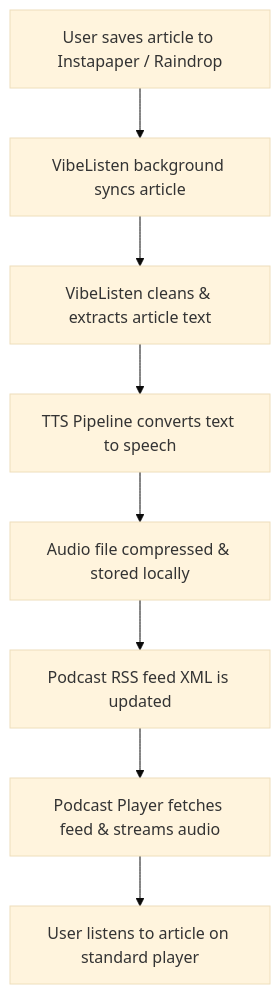
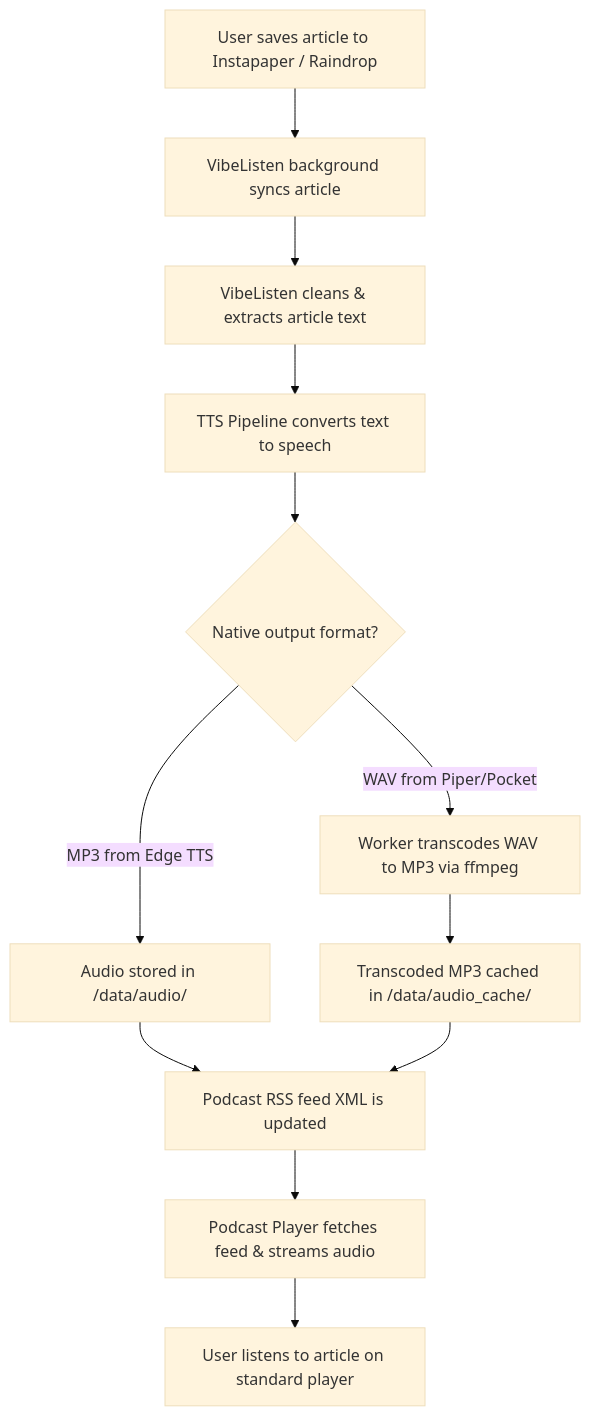
The diagram in PRD.md (sean-m-baker/VibeListen), drawn with Mermaid (base theme) before and after one commit. The commit also changed other lines of this file and 2 other files, not shown here.

````diff
--- a/PRD.md
+++ b/PRD.md
@@ -16,10 +16,14 @@
 ```mermaid
 graph TD
     A[User saves article to Instapaper / Raindrop] --> B[VibeListen background syncs article]
     B --> C[VibeListen cleans & extracts article text]
     C --> D[TTS Pipeline converts text to speech]
-    D --> E[Audio file compressed & stored locally]
-    E --> F[Podcast RSS feed XML is updated]
-    F --> G[Podcast Player fetches feed & streams audio]
-    G --> H[User listens to article on standard player]
+    D --> E{Native output format?}
+    E -->|MP3 from Edge TTS| F[Audio stored in /data/audio/]
+    E -->|WAV from Piper/Pocket| G[Worker transcodes WAV to MP3 via ffmpeg]
+    G --> H[Transcoded MP3 cached in /data/audio_cache/]
+    F --> I[Podcast RSS feed XML is updated]
+    H --> I
+    I --> J[Podcast Player fetches feed & streams audio]
+    J --> K[User listens to article on standard player]
 ```
````
